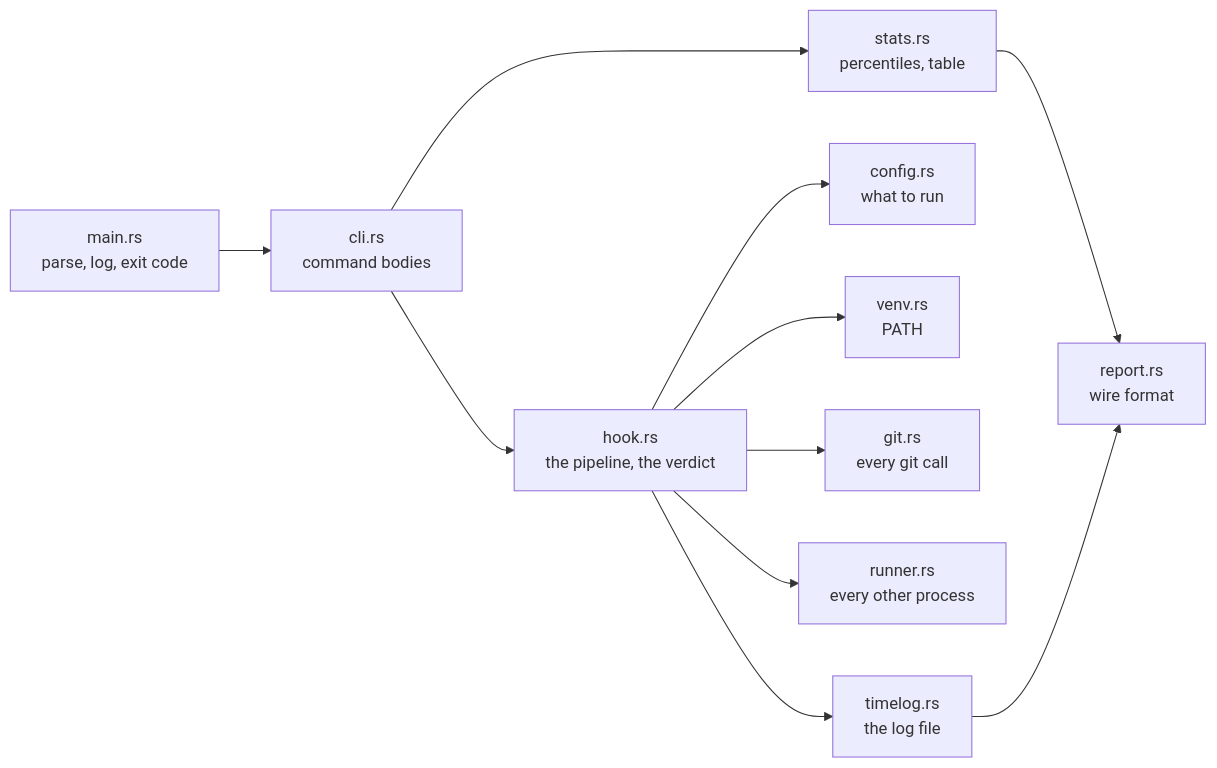
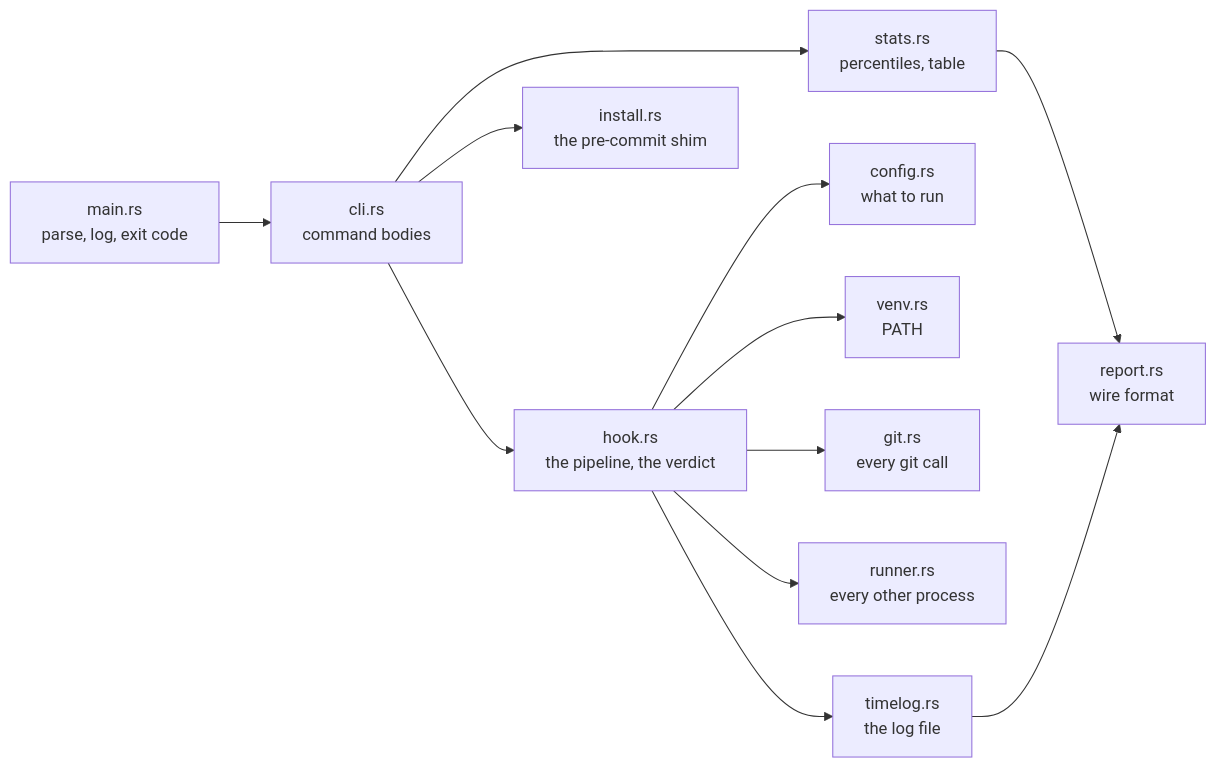
The second of 2 diagrams in docs/src/how-it-works.md (mojzis/madoqua), drawn with Mermaid before and after one commit. The commit also changed other lines of this file and 20 other files, not shown here.

````diff
--- a/docs/src/how-it-works.md
+++ b/docs/src/how-it-works.md
@@ -27,13 +34,14 @@
 ```mermaid
 flowchart LR
     main[main.rs<br/>parse, log, exit code] --> cli[cli.rs<br/>command bodies]
     cli --> hook[hook.rs<br/>the pipeline, the verdict]
     cli --> stats[stats.rs<br/>percentiles, table]
+    cli --> install[install.rs<br/>the pre-commit shim]
     hook --> config[config.rs<br/>what to run]
     hook --> venv[venv.rs<br/>PATH]
     hook --> git[git.rs<br/>every git call]
     hook --> runner[runner.rs<br/>every other process]
     hook --> timelog[timelog.rs<br/>the log file]
     stats --> report[report.rs<br/>wire format]
     timelog --> report
 ```
````
